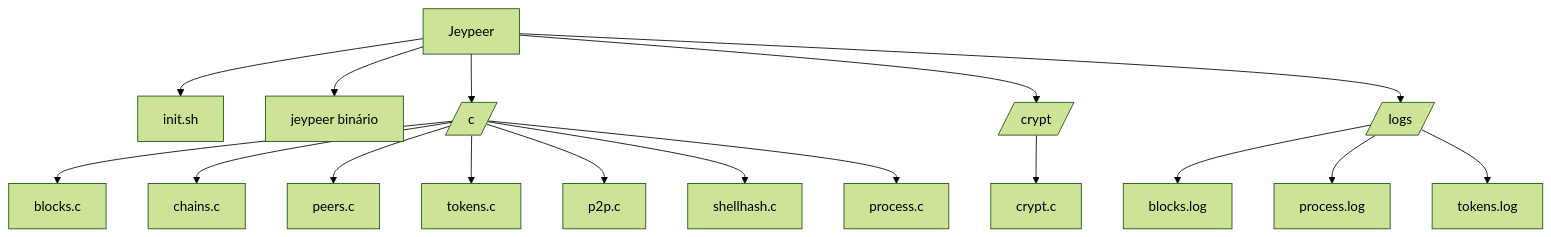
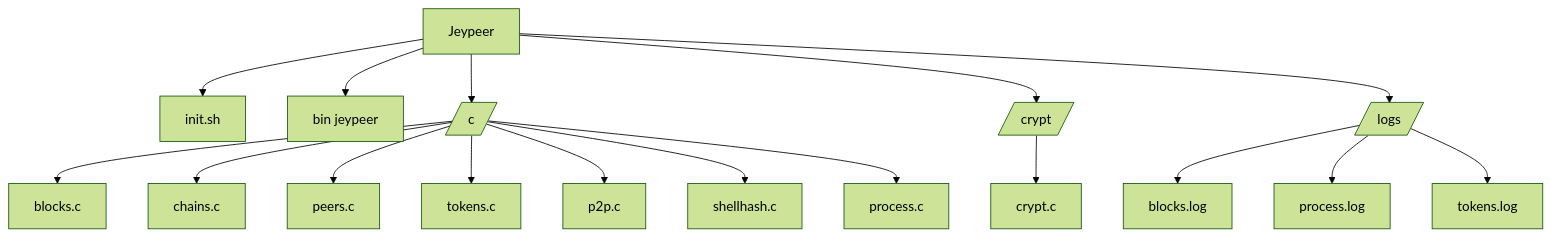
One commit to Quikert/Jeypeer changed the diagram in README.md. Above: the diagram before and after it, drawn with Mermaid (forest theme). The commit also changed other lines of this file, not shown here.

````diff
--- a/README.md
+++ b/README.md
@@ -25,22 +32,22 @@
 ```mermaid
 flowchart TD
     A[Jeypeer] --> B[init.sh]
-    A --> C[jeypeer binário]
+    A --> C[bin jeypeer]
     A --> D[/c/]
     A --> E[/crypt/]
     A --> F[/logs/]
 
     D --> D1[blocks.c]
     D --> D2[chains.c]
     D --> D3[peers.c]
     D --> D4[tokens.c]
     D --> D5[p2p.c]
     D --> D6[shellhash.c]
     D --> D7[process.c]
 
     E --> E1[crypt.c]
 
     F --> F1[blocks.log]
     F --> F2[process.log]
     F --> F3[tokens.log]
 ```
````
